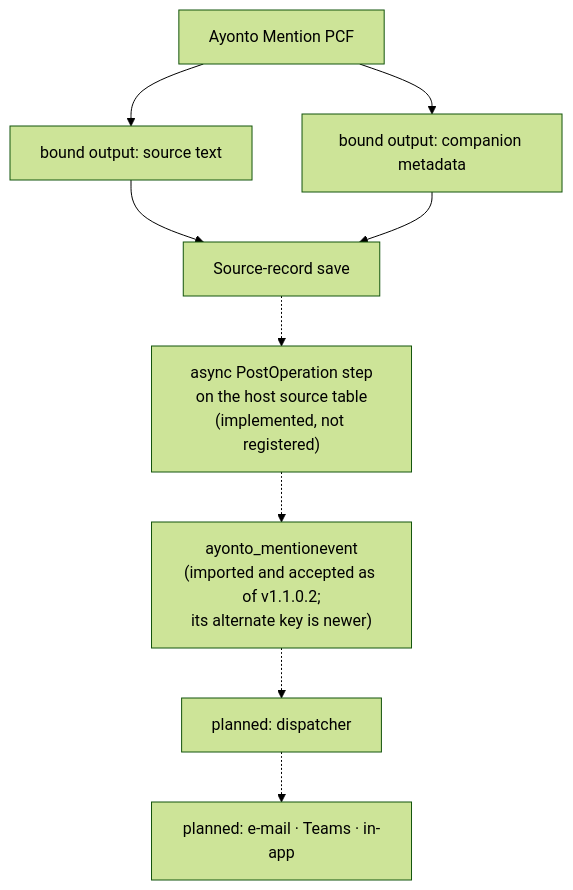
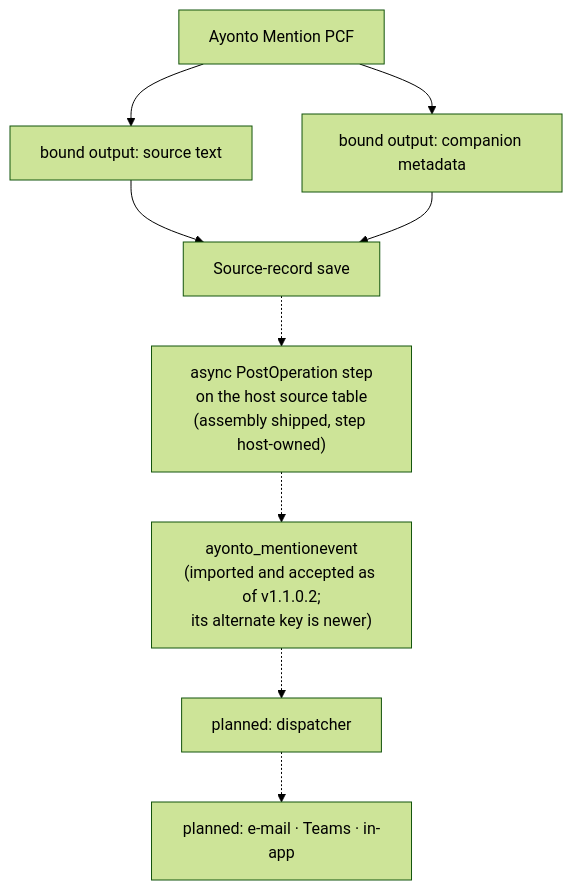
The diagram in docs/server-architecture.md (Ayonto-Digital-Solutions/ayonto-mention), drawn with Mermaid (forest theme) before and after one commit. The commit also changed other lines of this file and 13 other files, not shown here.

````diff
--- a/docs/server-architecture.md
+++ b/docs/server-architecture.md
@@ -524,11 +526,11 @@
 ```mermaid
 flowchart TD
     pcf["Ayonto Mention PCF"] --> text["bound output: source text"]
     pcf --> meta["bound output: companion metadata"]
     text --> save["Source-record save"]
     meta --> save
-    save -.-> step["async PostOperation step<br/>on the host source table<br/>(implemented, not registered)"]
+    save -.-> step["async PostOperation step<br/>on the host source table<br/>(assembly shipped, step host-owned)"]
     step -.-> ledger["ayonto_mentionevent<br/>(imported and accepted as of v1.1.0.2;<br/>its alternate key is newer)"]
     ledger -.-> dispatcher["planned: dispatcher"]
     dispatcher -.-> channels["planned: e-mail · Teams · in-app"]
 ```
````
